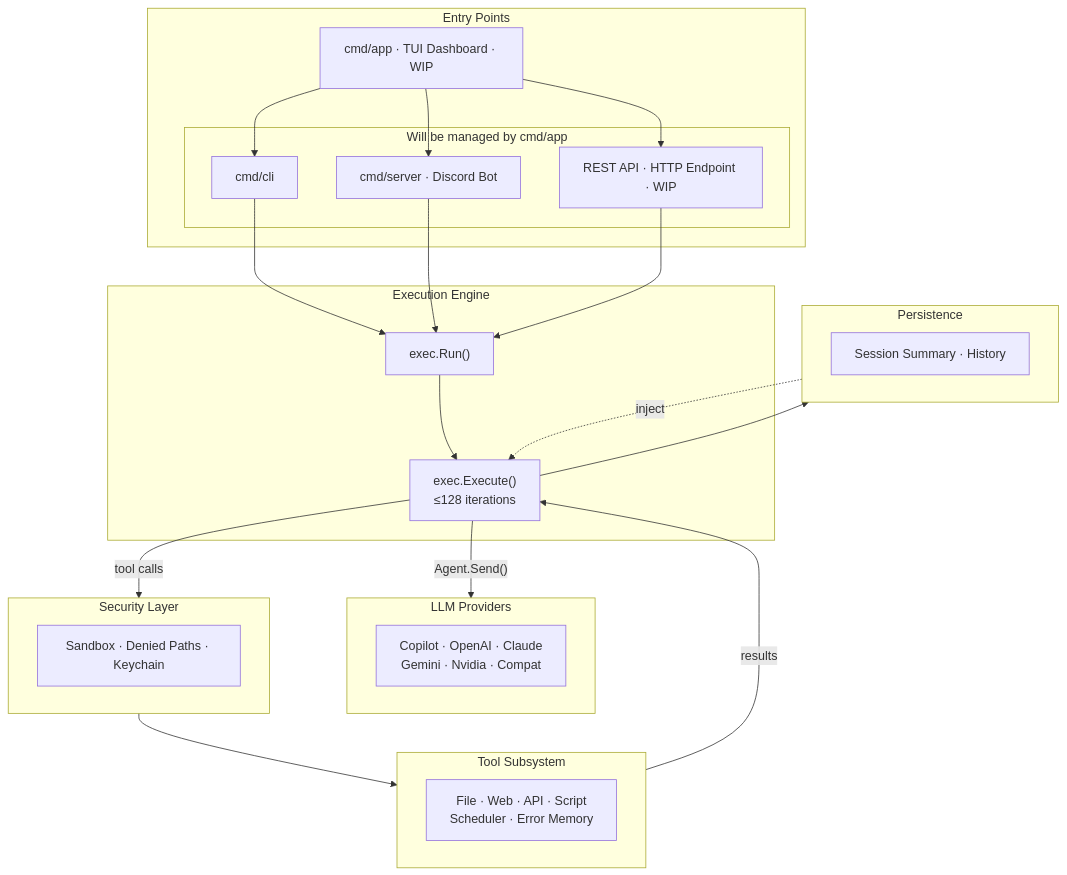
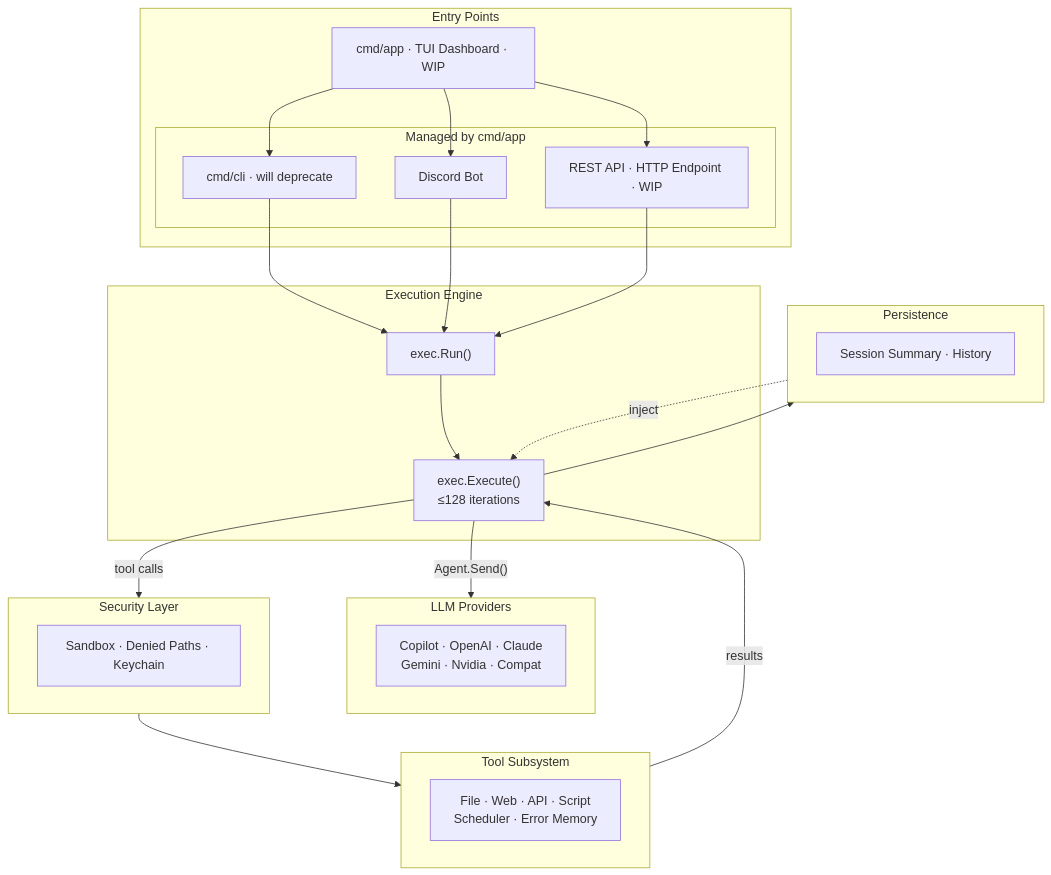
One commit to pardnchiu/Agenvoy changed the diagram in README.md. Above: the diagram before and after it, drawn with Mermaid. The commit also changed 5 other files, not shown here.

Commit message:
feat: Integrate Discord bot and REST API into cmd/app and session format renderers

````diff
--- a/README.md
+++ b/README.md
@@ -51,46 +51,46 @@
 ```mermaid
 graph TB
     subgraph Entry ["Entry Points"]
         App["cmd/app · TUI Dashboard · WIP"]
-        subgraph Managed ["Will be managed by cmd/app"]
-            CLI["cmd/cli"]
-            Discord["cmd/server · Discord Bot"]
+        subgraph Managed ["Managed by cmd/app"]
+            CLI["cmd/cli · will deprecate"]
+            Discord["Discord Bot"]
             API["REST API · HTTP Endpoint · WIP"]
         end
     end
 
     subgraph Engine ["Execution Engine"]
         Run["exec.Run()"]
         Execute["exec.Execute()\n≤128 iterations"]
     end
 
     subgraph Providers ["LLM Providers"]
         P["Copilot · OpenAI · Claude\nGemini · Nvidia · Compat"]
     end
 
     subgraph Security ["Security Layer"]
         S["Sandbox · Denied Paths · Keychain"]
     end
 
     subgraph Tools ["Tool Subsystem"]
         T["File · Web · API · Script\nScheduler · Error Memory"]
     end
 
     subgraph Persistence ["Persistence"]
         PS["Session Summary · History"]
     end
 
     App --> CLI
     App --> Discord
     App --> API
     CLI --> Run
     Discord --> Run
     API --> Run
     Run --> Execute
     Execute -->|"Agent.Send()"| Providers
     Execute -->|"tool calls"| Security
     Security --> Tools
     Tools -->|"results"| Execute
     Execute --> Persistence
     Persistence -.->|"inject"| Execute
 ```
````
